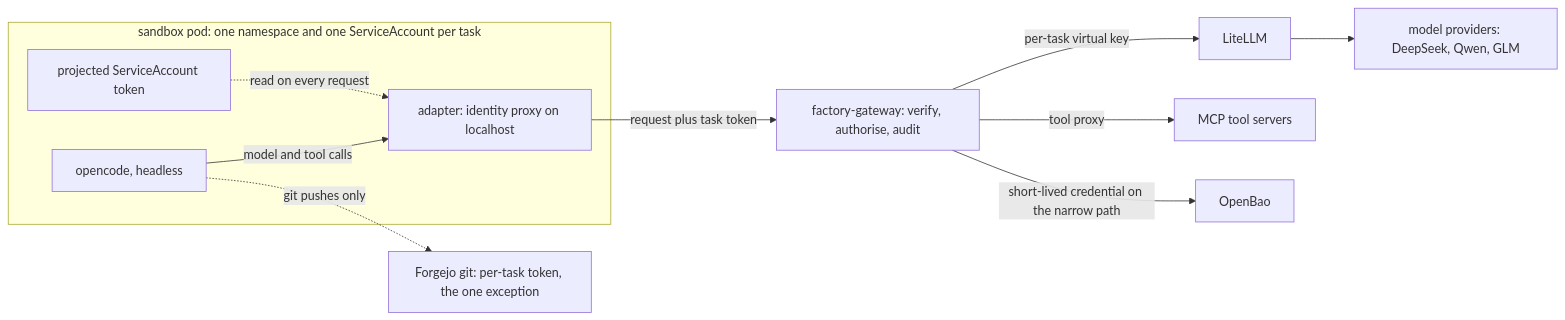
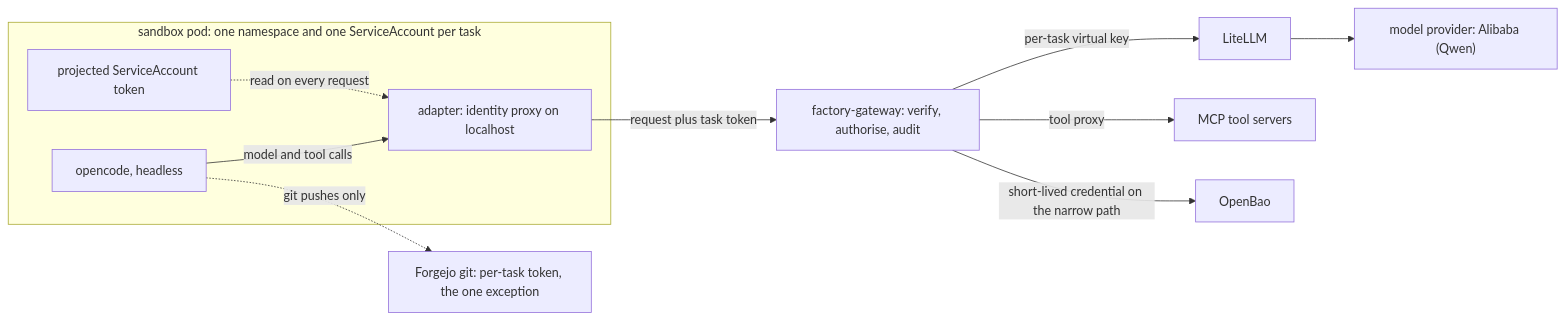
Before and after one commit to sebastianrueckerai/ai-software-factory: the third of 4 diagrams in docs/target-architecture.md, drawn with Mermaid. The commit also changed other lines of this file and 2 other files, not shown here.

````diff
--- a/docs/target-architecture.md
+++ b/docs/target-architecture.md
@@ -196,16 +198,16 @@
 ```mermaid
 flowchart LR
     subgraph pod["sandbox pod: one namespace and one ServiceAccount per task"]
         OC["opencode, headless"]
         AD["adapter: identity proxy on localhost"]
         TOK["projected ServiceAccount token"]
         OC -- "model and tool calls" --> AD
         TOK -. "read on every request" .-> AD
     end
     AD -- "request plus task token" --> GW["factory-gateway: verify, authorise, audit"]
     GW -- "per-task virtual key" --> LIT["LiteLLM"]
-    LIT --> PROV["model providers: DeepSeek, Qwen, GLM"]
+    LIT --> PROV["model provider: Alibaba (Qwen)"]
     GW -- "tool proxy" --> MCP["MCP tool servers"]
     GW -- "short-lived credential on the narrow path" --> BAO["OpenBao"]
     OC -. "git pushes only" .-> GIT["Forgejo git: per-task token, the one exception"]
 ```
````
